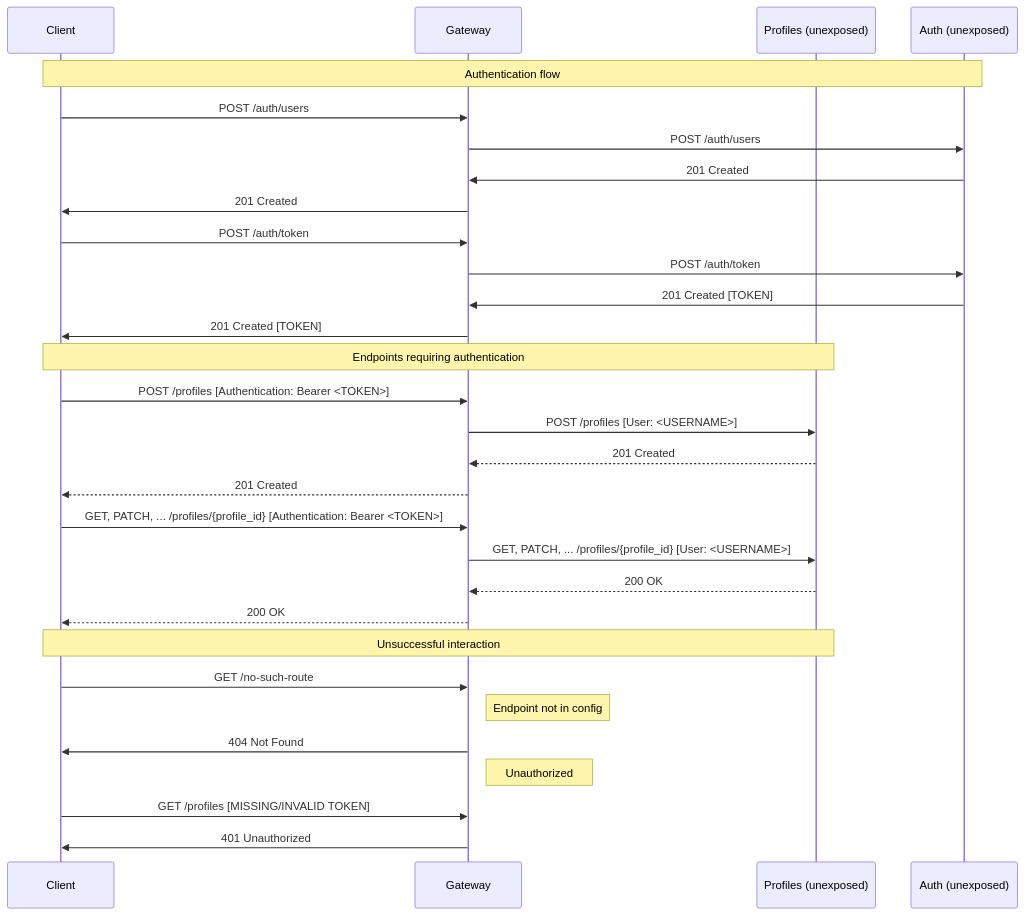
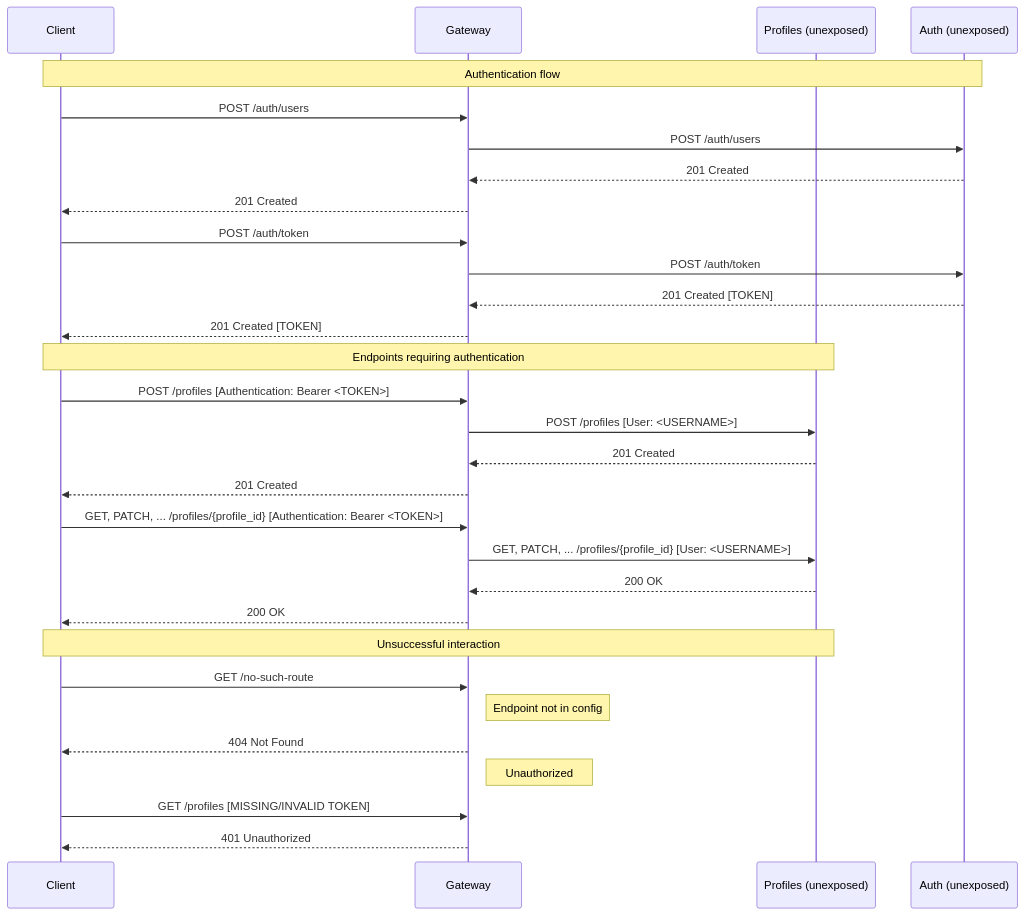
One commit to Lemonpill/dockerized-gateway changed the diagram in README.md. Above: the diagram before and after it, drawn with Mermaid.

Commit message:
update sequence diagram

````diff
--- a/README.md
+++ b/README.md
@@ -37,32 +37,32 @@
 ```mermaid
 sequenceDiagram  
  participant  C as Client
  participant  G as Gateway
  participant  S as Profiles (unexposed)
  participant  A as Auth (unexposed)
  Note over C, A: Authentication flow
  C->>G: POST /auth/users
  G->>A: POST /auth/users
- A->>G: 201 Created
- G->>C: 201 Created
+ A-->>G: 201 Created
+ G-->>C: 201 Created
  C->>G: POST /auth/token
  G->>A: POST /auth/token
- A->>G: 201 Created [TOKEN]
- G->>C: 201 Created [TOKEN]
+ A-->>G: 201 Created [TOKEN]
+ G-->>C: 201 Created [TOKEN]
  Note over C,S: Endpoints requiring authentication
  C->>G: POST /profiles [Authentication: Bearer <TOKEN>]
  G->>S: POST /profiles [User: <USERNAME>]
  S-->>G: 201 Created
  G-->>C: 201 Created
  C->>G: GET, PATCH, ... /profiles/{profile_id} [Authentication: Bearer <TOKEN>]
  G->>S: GET, PATCH, ... /profiles/{profile_id} [User: <USERNAME>]
  S-->>G: 200 OK
  G-->>C: 200 OK
  Note over C,S: Unsuccessful interaction
  C->>G: GET /no-such-route
  Note right of G: Endpoint not in config
- G->>C: 404 Not Found
+ G-->>C: 404 Not Found
  Note right of G: Unauthorized
  C->>G: GET /profiles [MISSING/INVALID TOKEN]
- G->>C: 401 Unauthorized
+ G-->>C: 401 Unauthorized
 ```
````
